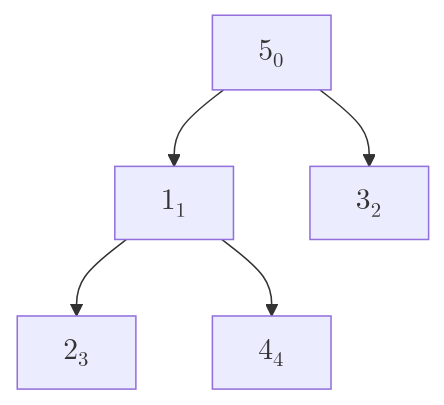
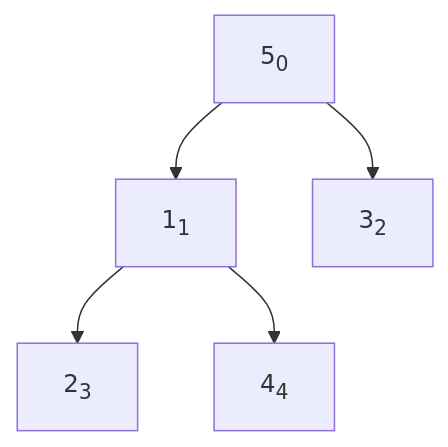
Before and after one commit to cafewang/cafewang.github.io: the eighth of 15 diagrams in _posts/2024-12-17-sort-four.md, drawn with Mermaid. The commit also changed other lines of this file, not shown here.

Commit message:
fix mermaid done

````diff
--- a/_posts/2024-12-17-sort-four.md
+++ b/_posts/2024-12-17-sort-four.md
@@ -160,12 +161,12 @@
 ```mermaid
 
 graph TD 
-A["$$5_0$$"]
-B["$$1_1$$"]
-C["$$3_2$$"]
-D["$$2_3$$"]
-E["$$4_4$$"]
+A["5<sub>0</sub>"]
+B["1<sub>1</sub>"]
+C["3<sub>2</sub>"]
+D["2<sub>3</sub>"]
+E["4<sub>4</sub>"]
 
 A --> B & C
 B --> D & E
 ```
````
